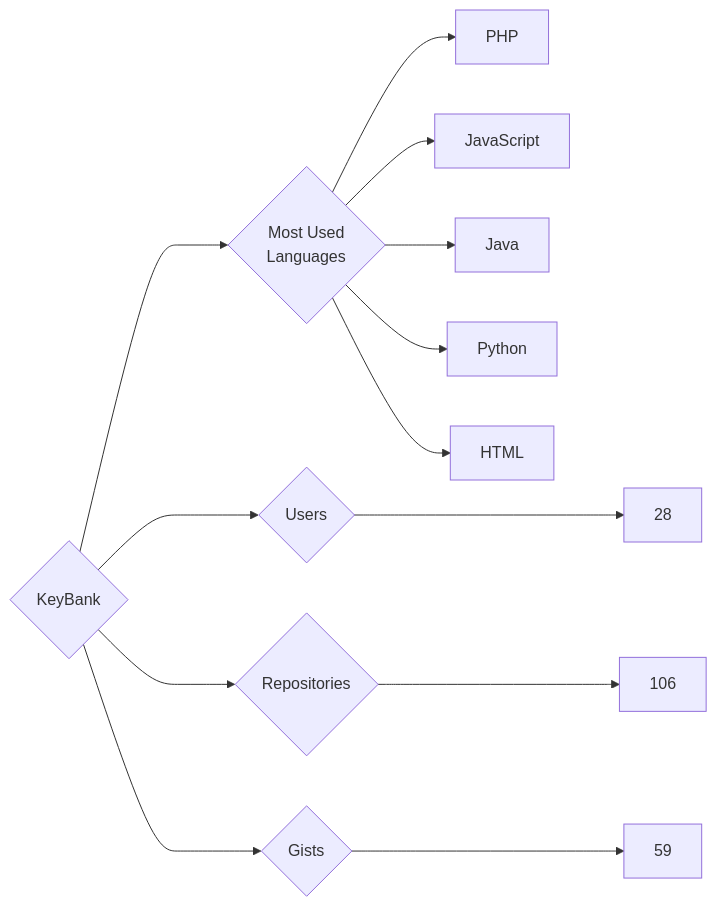
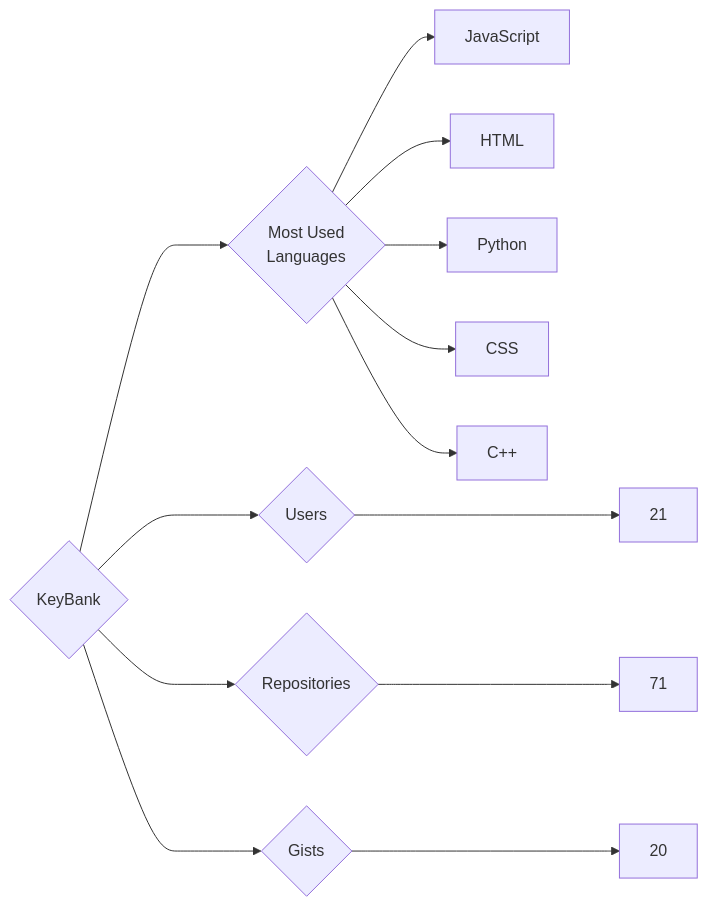
Before and after one commit to trickest/insiders: the diagram in targets/KeyBank/README.md, drawn with Mermaid. The commit also changed 681 other files, not shown here.

````diff
--- a/targets/KeyBank/README.md
+++ b/targets/KeyBank/README.md
@@ -3,13 +3,13 @@
 ```mermaid
 graph LR
 COMPANY_NAME{KeyBank}
-COMPANY_NAME ---> U{Users} ---> UN[28]
-COMPANY_NAME ---> R{Repositories} ---> RN[106]
-COMPANY_NAME ---> G{Gists} ---> GN[59]
+COMPANY_NAME ---> U{Users} ---> UN[21]
+COMPANY_NAME ---> R{Repositories} ---> RN[71]
+COMPANY_NAME ---> G{Gists} ---> GN[20]
 COMPANY_NAME ---> ML{Most Used<br>Languages}
-ML --> PHP[PHP]
 ML --> JavaScript[JavaScript]
-ML --> Java[Java]
+ML --> HTML[HTML]
 ML --> Python[Python]
-ML --> HTML[HTML]
+ML --> CSS[CSS]
+ML --> C++[C++]
 ```
````
